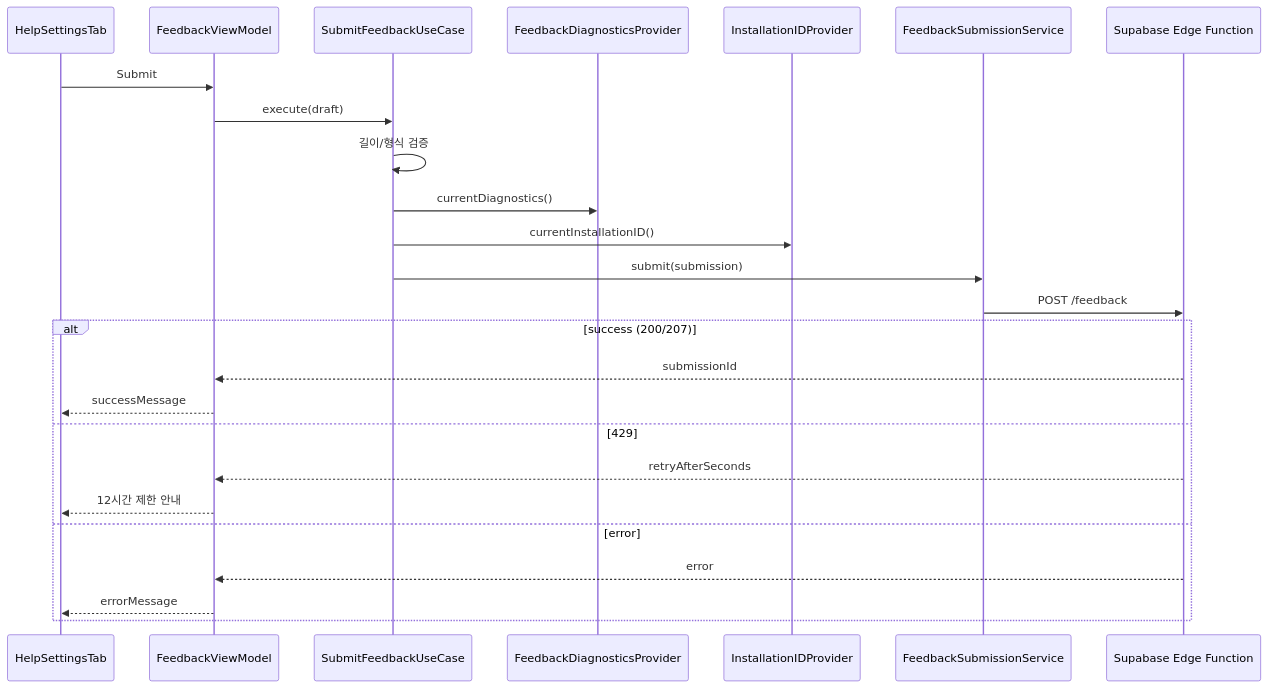
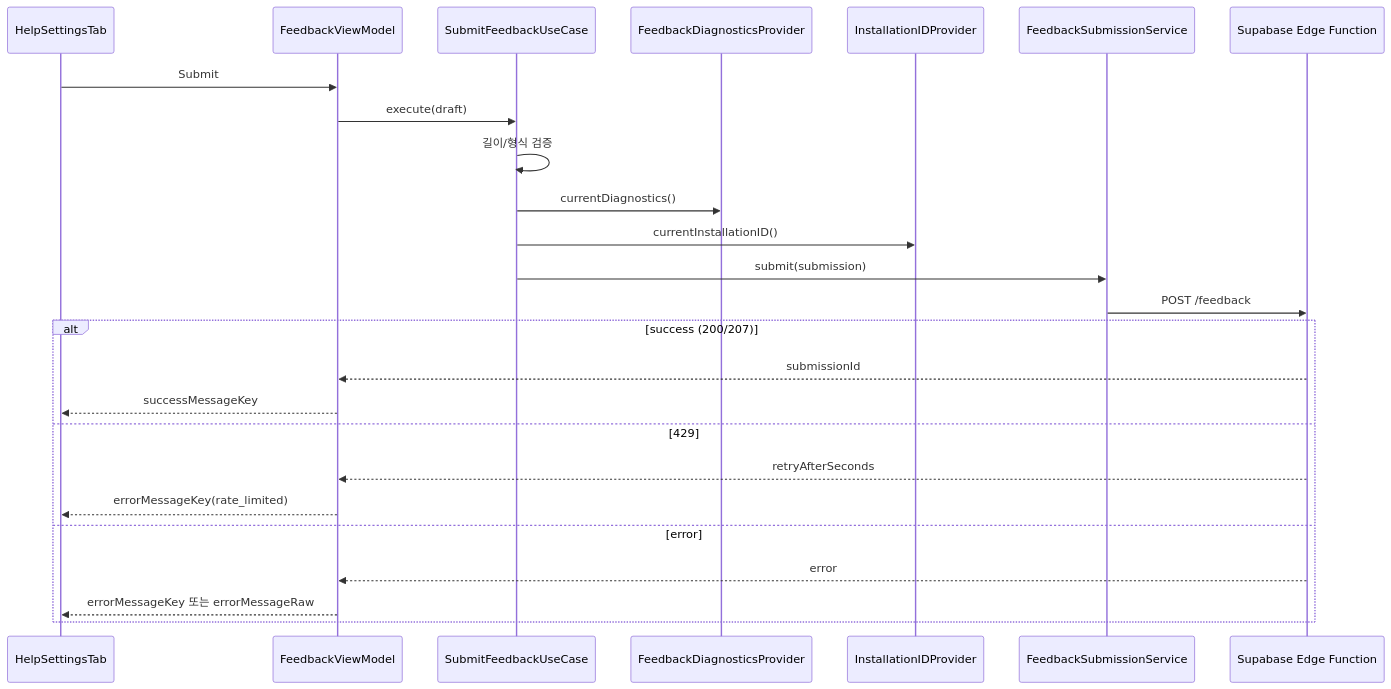
Before and after one commit to hahahoho-labs/KeydeukKeydeuk: the eighth of 8 diagrams in ARCHITECTURE.md, drawn with Mermaid. The commit also changed other lines of this file, not shown here.

Commit message:
docs(architecture): update i18n and localization flow

````diff
--- a/ARCHITECTURE.md
+++ b/ARCHITECTURE.md
@@ -696,29 +729,29 @@
 ```mermaid
 sequenceDiagram
   participant UI as HelpSettingsTab
   participant FVM as FeedbackViewModel
   participant SF as SubmitFeedbackUseCase
   participant FDP as FeedbackDiagnosticsProvider
   participant IDP as InstallationIDProvider
   participant FS as FeedbackSubmissionService
   participant API as Supabase Edge Function
 
   UI->>FVM: Submit
   FVM->>SF: execute(draft)
   SF->>SF: 길이/형식 검증
   SF->>FDP: currentDiagnostics()
   SF->>IDP: currentInstallationID()
   SF->>FS: submit(submission)
   FS->>API: POST /feedback
 
   alt success (200/207)
     API-->>FVM: submissionId
-    FVM-->>UI: successMessage
+    FVM-->>UI: successMessageKey
   else 429
     API-->>FVM: retryAfterSeconds
-    FVM-->>UI: 12시간 제한 안내
+    FVM-->>UI: errorMessageKey(rate_limited)
   else error
     API-->>FVM: error
-    FVM-->>UI: errorMessage
+    FVM-->>UI: errorMessageKey 또는 errorMessageRaw
   end
 ```
````
